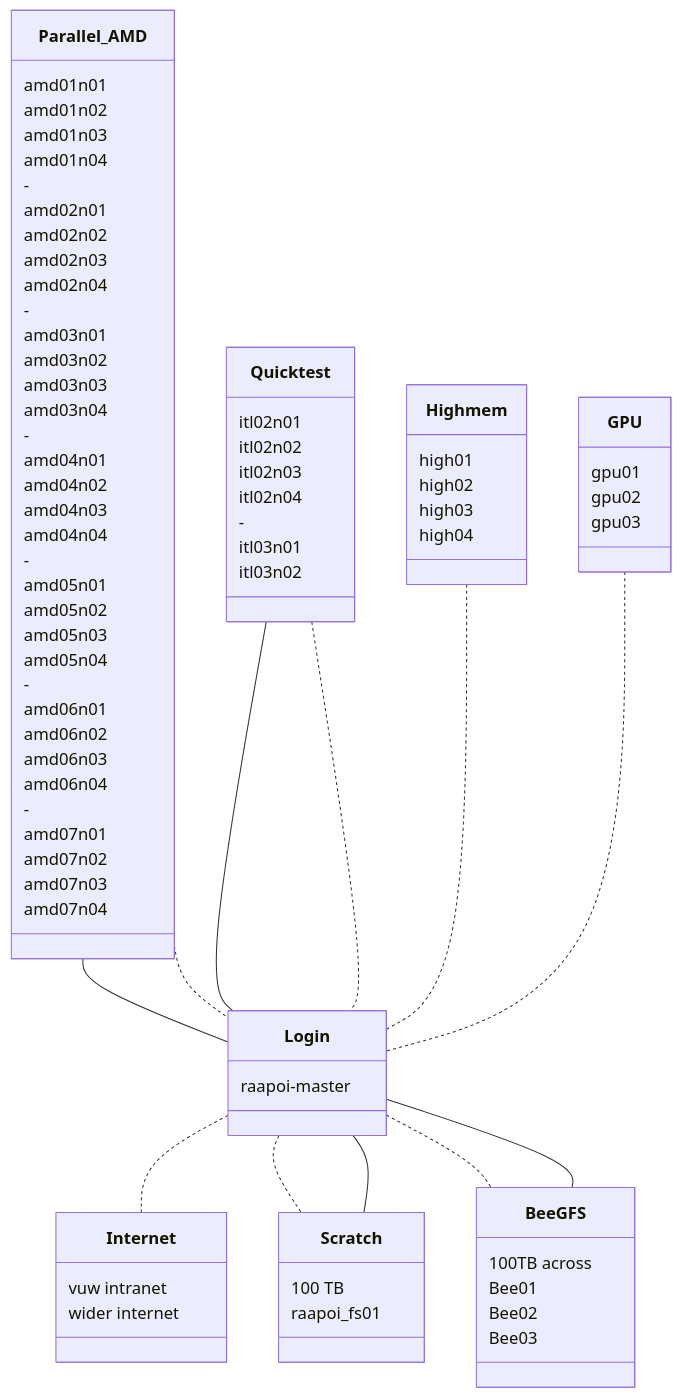
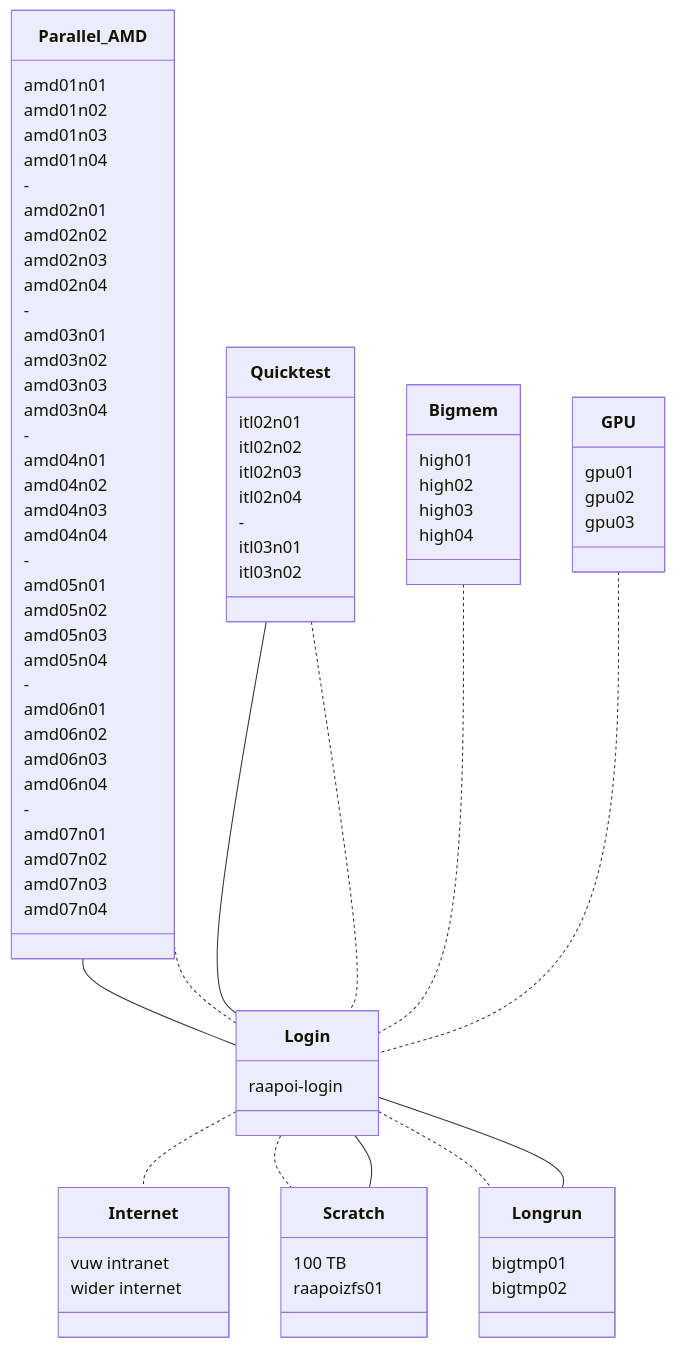
Before and after one commit to vuw-research-computing/raapoi-docs: the first of 3 diagrams in docs/hpclayout.md, drawn with Mermaid. The commit also changed other lines of this file and 2 other files, not shown here.

```diff
--- a/docs/hpclayout.md
+++ b/docs/hpclayout.md
@@ -58,29 +60,28 @@
     Parallel_AMD .. Login
     Quicktest -- Login
     Quicktest .. Login
-    Highmem .. Login
+    Bigmem .. Login
     GPU .. Login
     Login .. Internet
     Login .. Scratch
     Login -- Scratch
-    Login .. BeeGFS
-    Login -- BeeGFS
+    Login .. Longrun
+    Login -- Longrun
     class Internet {
         vuw intranet 
         wider internet
     }
     class Scratch {
         100 TB
-        raapoi_fs01
+        raapoizfs01
     }
-    class BeeGFS {
-        100TB across
-        Bee01
-        Bee02
-        Bee03
+    class Longrun {
+        
+        bigtmp01
+        bigtmp02
     }
     class Login {
-        raapoi-master
+        raapoi-login
     }
     class Parallel_AMD {
         amd01n01
@@ -127,7 +128,7 @@
         itl03n01
         itl03n02
     }
-    class Highmem{
+    class Bigmem{
         high01
         high02
         high03
```
